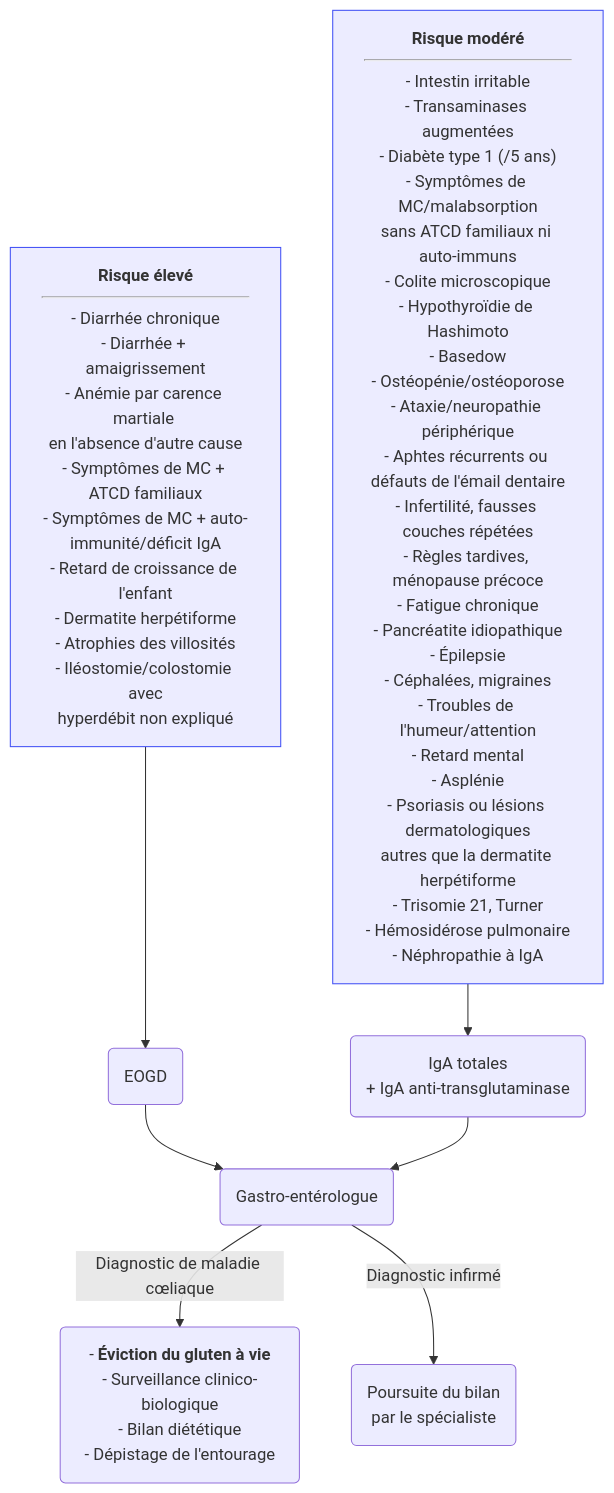
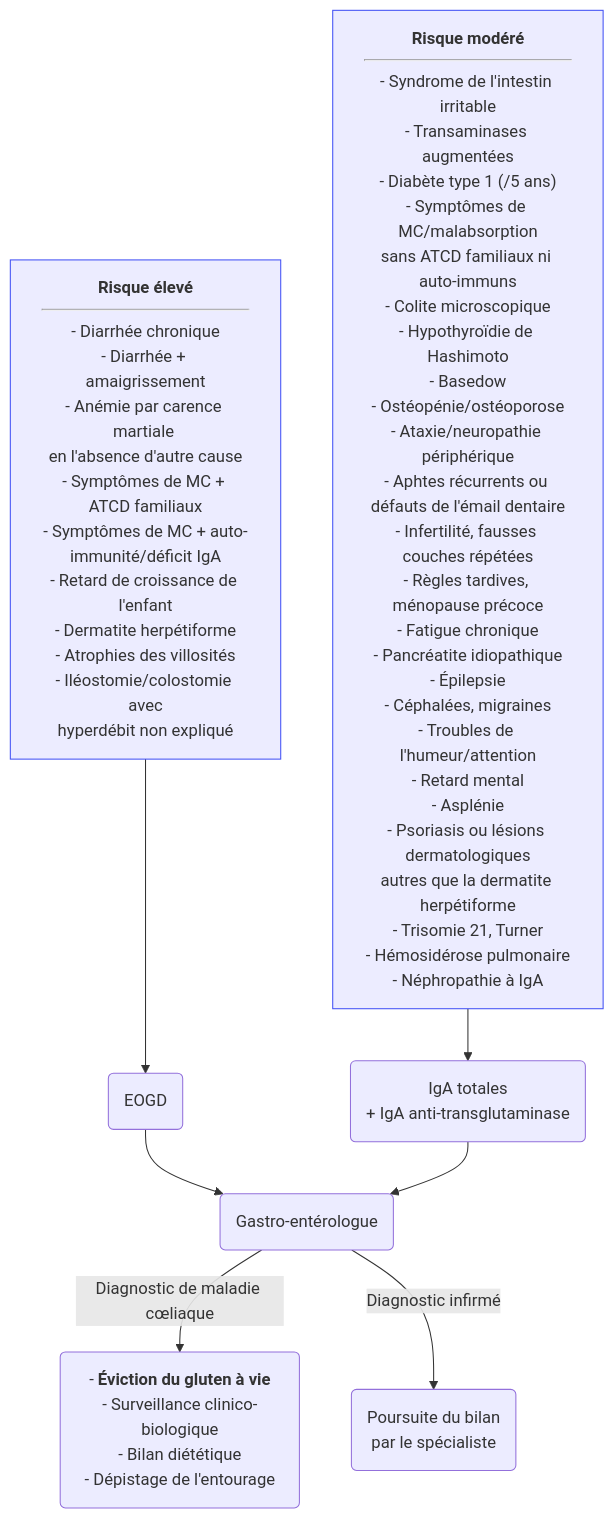
One commit to djibe/recommandations-medicales changed the diagram in content/recommandations/maladie-coeliaque.md. Above: the diagram before and after it, drawn with Mermaid. The commit also changed 17 other files, not shown here.

```diff
--- a/content/recommandations/maladie-coeliaque.md
+++ b/content/recommandations/maladie-coeliaque.md
@@ -288,10 +288,10 @@
 {{< mermaid title="Conduite à tenir en cas de suspicion de maladie cœliaque. Dr JB Fron d'après ESsCD 2019" >}}
 graph TB
   symptomatique["<b>Risque élevé</b><hr>- Diarrhée chronique<br>- Diarrhée + amaigrissement<br>- Anémie par carence martiale <br>en l'absence d'autre cause<br>- Symptômes de MC + ATCD familiaux<br>- Symptômes de MC + auto-immunité/déficit IgA<br>- Retard de croissance de l'enfant<br>- Dermatite herpétiforme<br>- Atrophies des villosités<br>- Iléostomie/colostomie avec<br>hyperdébit non expliqué"] --> EOGD(EOGD) --> gastro
   style symptomatique stroke:#4150f5, stroke-width:1px
-  personneARisque["<b>Risque modéré</b><hr>- Intestin irritable<br>- Transaminases augmentées<br>- Diabète type 1 (/5 ans)<br>- Symptômes de MC/malabsorption<br>sans ATCD familiaux ni auto-immuns<br>- Colite microscopique<br>- Hypothyroïdie de Hashimoto<br>- Basedow<br>- Ostéopénie/ostéoporose<br>- Ataxie/neuropathie périphérique<br>- Aphtes récurrents ou défauts de l'émail dentaire<br>- Infertilité, fausses couches répétées<br>- Règles tardives, ménopause précoce<br>- Fatigue chronique<br>- Pancréatite idiopathique<br>- Épilepsie<br>- Céphalées, migraines<br>- Troubles de l'humeur/attention<br>- Retard mental<br>- Asplénie<br>- Psoriasis ou lésions dermatologiques<br>autres que la dermatite herpétiforme<br>- Trisomie 21, Turner<br>- Hémosidérose pulmonaire<br>- Néphropathie à IgA"] --> serologie("IgA totales<br>+ IgA anti-transglutaminase") --> gastro
+  personneARisque["<b>Risque modéré</b><hr>- Syndrome de l'intestin irritable<br>- Transaminases augmentées<br>- Diabète type 1 (/5 ans)<br>- Symptômes de MC/malabsorption<br>sans ATCD familiaux ni auto-immuns<br>- Colite microscopique<br>- Hypothyroïdie de Hashimoto<br>- Basedow<br>- Ostéopénie/ostéoporose<br>- Ataxie/neuropathie périphérique<br>- Aphtes récurrents ou défauts de l'émail dentaire<br>- Infertilité, fausses couches répétées<br>- Règles tardives, ménopause précoce<br>- Fatigue chronique<br>- Pancréatite idiopathique<br>- Épilepsie<br>- Céphalées, migraines<br>- Troubles de l'humeur/attention<br>- Retard mental<br>- Asplénie<br>- Psoriasis ou lésions dermatologiques<br>autres que la dermatite herpétiforme<br>- Trisomie 21, Turner<br>- Hémosidérose pulmonaire<br>- Néphropathie à IgA"] --> serologie("IgA totales<br>+ IgA anti-transglutaminase") --> gastro
   style personneARisque stroke:#4150f5, stroke-width:1px
       gastro(Gastro-entérologue)
       gastro -- Diagnostic de maladie cœliaque --> traitement("- <b>Éviction du gluten à vie</b><br>- Surveillance clinico-biologique<br>- Bilan diététique<br>- Dépistage de l'entourage")
       gastro -- Diagnostic infirmé --> explo("Poursuite du bilan<br>par le spécialiste")
 {{< /mermaid >}}
```
